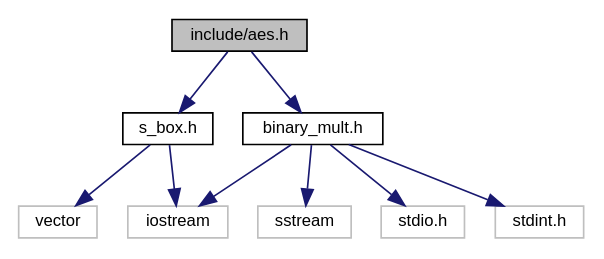
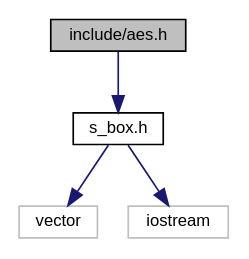
The diagram in docs/aes_8h__incl.dot (Eric-Durr/PRCT06-AES), drawn with Graphviz before and after one commit. The commit also changed 35 other files, not shown here.

```diff
--- a/docs/aes_8h__incl.dot
+++ b/docs/aes_8h__incl.dot
@@ -1,22 +1,13 @@
 digraph "include/aes.h"
 {
  // LATEX_PDF_SIZE
   edge [fontname="Helvetica",fontsize="10",labelfontname="Helvetica",labelfontsize="10"];
   node [fontname="Helvetica",fontsize="10",shape=record];
   Node1 [label="include/aes.h",height=0.2,width=0.4,color="black", fillcolor="grey75", style="filled", fontcolor="black",tooltip=" "];
   Node1 -> Node2 [color="midnightblue",fontsize="10",style="solid",fontname="Helvetica"];
   Node2 [label="s_box.h",height=0.2,width=0.4,color="black", fillcolor="white", style="filled",URL="$s__box_8h.html",tooltip=" "];
   Node2 -> Node3 [color="midnightblue",fontsize="10",style="solid",fontname="Helvetica"];
   Node3 [label="vector",height=0.2,width=0.4,color="grey75", fillcolor="white", style="filled",tooltip=" "];
   Node2 -> Node4 [color="midnightblue",fontsize="10",style="solid",fontname="Helvetica"];
   Node4 [label="iostream",height=0.2,width=0.4,color="grey75", fillcolor="white", style="filled",tooltip=" "];
-  Node1 -> Node5 [color="midnightblue",fontsize="10",style="solid",fontname="Helvetica"];
-  Node5 [label="binary_mult.h",height=0.2,width=0.4,color="black", fillcolor="white", style="filled",URL="$binary__mult_8h.html",tooltip=" "];
-  Node5 -> Node4 [color="midnightblue",fontsize="10",style="solid",fontname="Helvetica"];
-  Node5 -> Node6 [color="midnightblue",fontsize="10",style="solid",fontname="Helvetica"];
-  Node6 [label="sstream",height=0.2,width=0.4,color="grey75", fillcolor="white", style="filled",tooltip=" "];
-  Node5 -> Node7 [color="midnightblue",fontsize="10",style="solid",fontname="Helvetica"];
-  Node7 [label="stdio.h",height=0.2,width=0.4,color="grey75", fillcolor="white", style="filled",tooltip=" "];
-  Node5 -> Node8 [color="midnightblue",fontsize="10",style="solid",fontname="Helvetica"];
-  Node8 [label="stdint.h",height=0.2,width=0.4,color="grey75", fillcolor="white", style="filled",tooltip=" "];
 }
```
